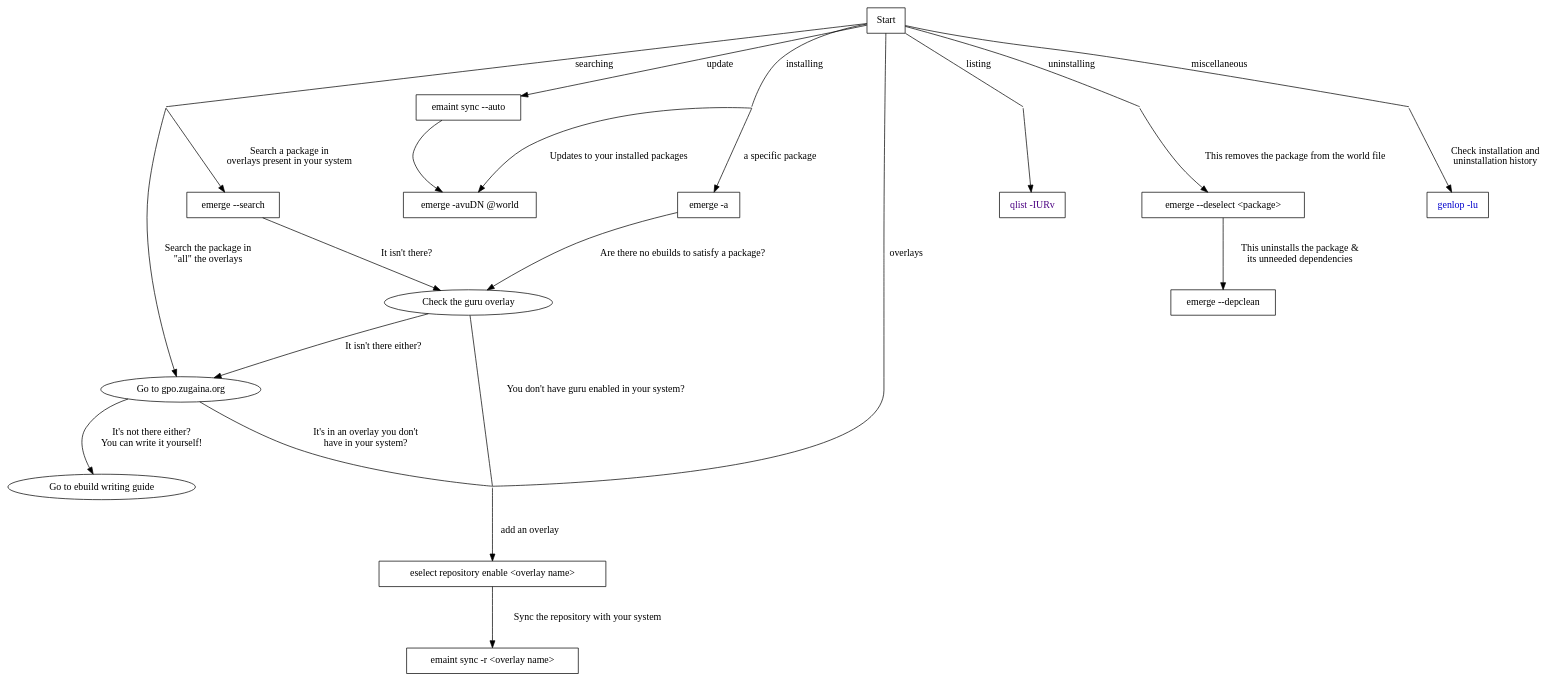
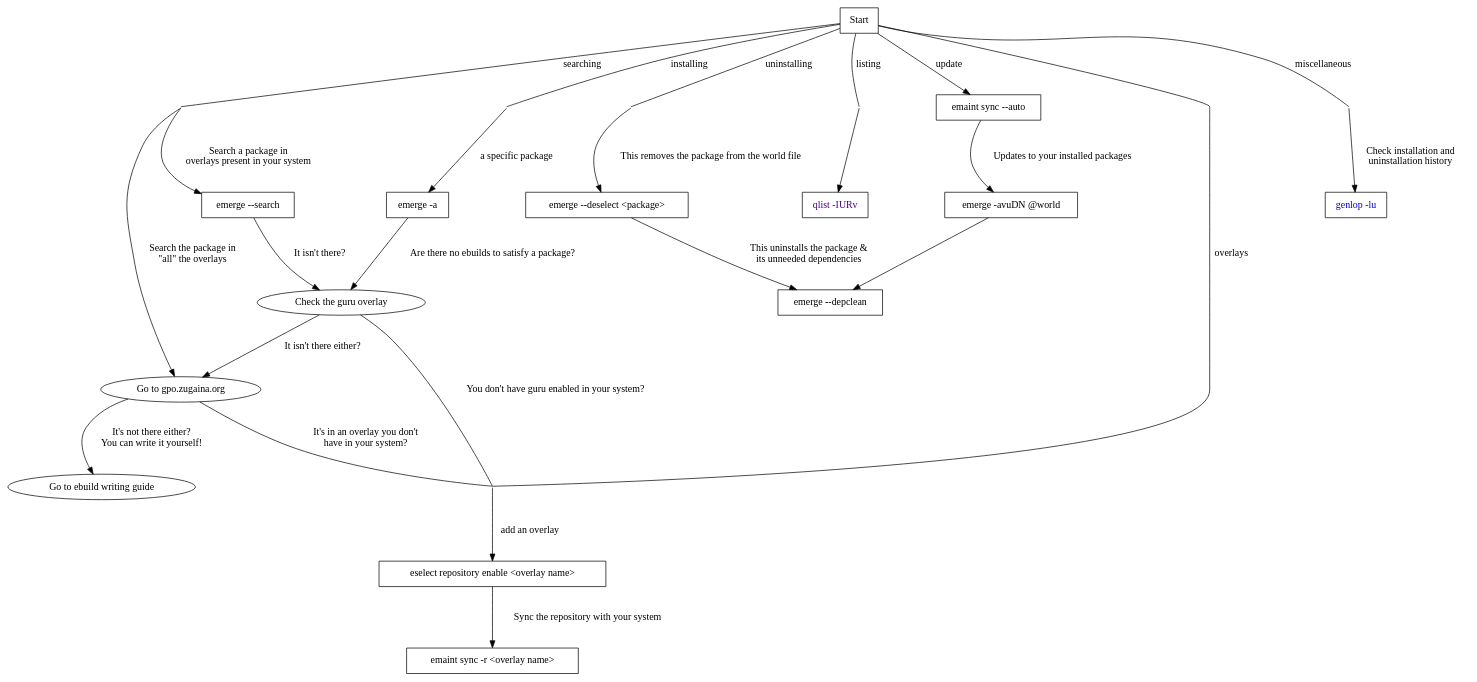
Before and after one commit to lima-limon-inc/gentoo-tools-cheat-sheet: the diagram in cheat-sheet.gv, drawn with Graphviz. The commit also changed 3 other files, not shown here.

```diff
--- a/cheat-sheet.gv
+++ b/cheat-sheet.gv
@@ -1,87 +1,89 @@
 digraph cheat_sheet {
   // node define
   node [
   shape = box
   ];
 
   graph [
   layout = dot,
   nodesep = 1.5,
   ranksep = 1.0,
   normalize = false,
   root=start
   ];
 
   edge [
     style = solid,
     fontsize = 14,
     labeldistance = 2.5,
     labelangle = 70
   ];
 
 
   start [label="Start"]
   emergeAsk [label="emerge -a"]
   emergeUpdate [label="emerge -avuDN @world"]
   emergeSearch [label="emerge --search"]
   gpoZugaina [label="Go to gpo.zugaina.org", shape=ellipse, URL="https://graphviz.org/docs/nodes/"]
   eselectRepo [label="eselect repository enable <overlay name>"]
   emaintSync [label="emaint sync -r <overlay name>"]
   emaintSyncAll [label="emaint sync --auto"]
   ebuildWriting [label="Go to ebuild writing guide", shape=ellipse URL="https://devmanual.gentoo.org/ebuild-writing/index.html"]
   qlist [label="qlist -IURv", fontcolor=indigo]
   emergeDeselect [label="emerge --deselect <package>"]
   emergeDepclean [label="emerge --depclean"]
   guru [label="Check the guru overlay", shape=ellipse, URL="https://gitweb.gentoo.org/repo/proj/guru.git/tree/"]
   genlop [label="genlop -lu", fontcolor=blue3]
 
 
   // Nodes used for demarking options
   joint1 [shape="none", label="", width=0, height=0]
   joint2 [shape="none", label="", width=0, height=0]
   joint3 [shape="none", label="", width=0, height=0]
   joint4 [shape="none", label="", width=0, height=0]
   joint5 [shape="none", label="", width=0, height=0]
   joint6 [shape="none", label="", width=0, height=0]
   joint7 [shape="none", label="", width=0, height=0]
   joint8 [shape="none", label="", width=0, height=0]
   joint9 [shape="none", label="", width=0, height=0]
   joint10 [shape="none", label="", width=0, height=0]
   joint11 [shape="none", label="", width=0, height=0]
 
 
 
   start -> joint3 [dir=none, label="installing"]
   joint3 -> emergeAsk [label="a specific package"]
-  joint3 -> emergeUpdate [label="Updates to your installed packages"]
   emergeAsk -> guru [label="Are there no ebuilds to satisfy a package?"]
 
   start -> joint2 [label="searching", dir=none]
   joint2 -> emergeSearch [label="Search a package in \n overlays present in your system"]
   joint2 -> gpoZugaina [label="Search the package in \n \"all\" the overlays"]
   guru -> joint5 [label="You don't have guru enabled in your system?", dir=none]
   emergeSearch -> guru [label="It isn't there?"]
   guru -> gpoZugaina [label="It isn't there either?"]
   gpoZugaina -> joint5 [label="It's in an overlay you don't \n have in your system?", dir=none]
   eselectRepo -> emaintSync [label="Sync the repository with your system"]
   gpoZugaina -> ebuildWriting [label="It's not there either? \n You can write it yourself!"]
 
   start -> joint4[label="listing", dir=none]
   joint4 -> qlist
 
   start -> joint5[label="overlays", dir=none]
   joint5 -> eselectRepo [label="add an overlay"]
 
   start -> joint6[label="uninstalling", dir=none]
   joint6 -> emergeDeselect[label="This removes the package from the world file"]
   emergeDeselect -> emergeDepclean[label="This uninstalls the package & \n its unneeded dependencies"]
 
   start -> joint7 [label="miscellaneous",dir=none]
   joint7 -> genlop [label="Check installation and \n uninstallation history"]
 
   start -> emaintSyncAll [label="update"]
-  emaintSyncAll -> emergeUpdate
+  emaintSyncAll -> emergeUpdate [label="Updates to your installed packages"]
+  emergeUpdate -> emergeDepclean
+
+  //joint3 -> emergeUpdate 
 
 
 
 }
```
